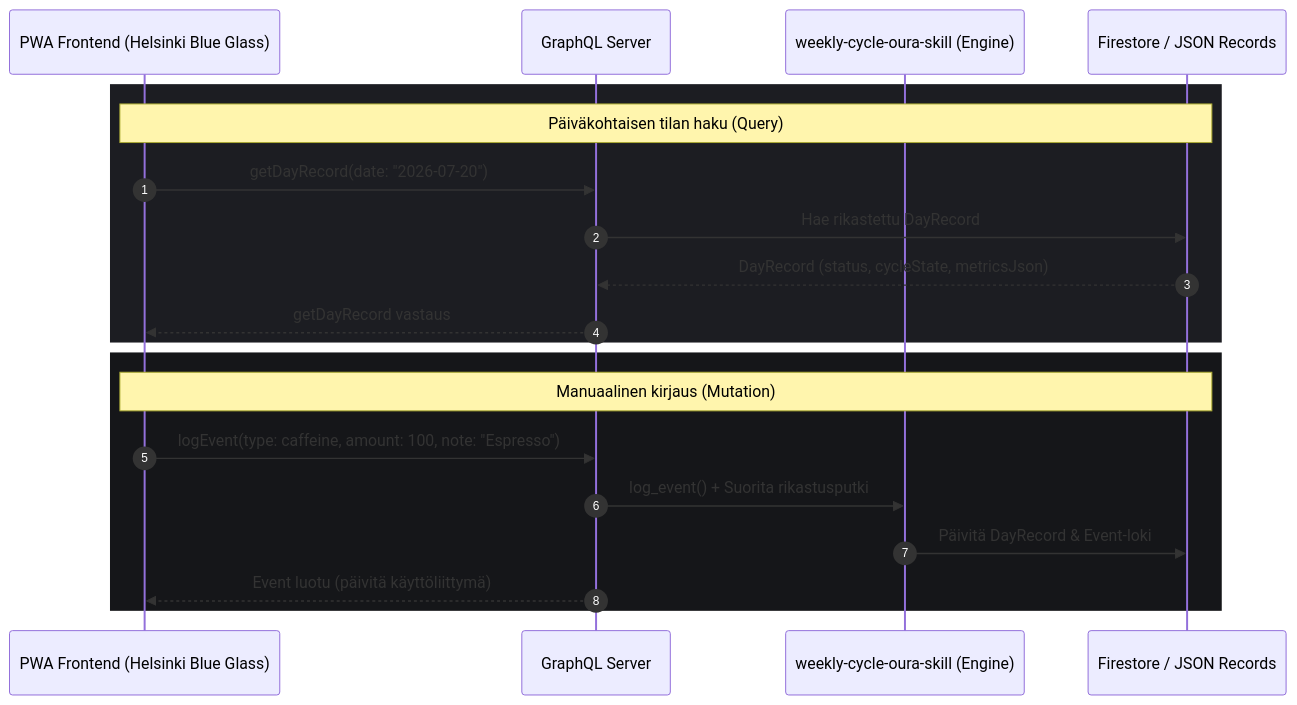
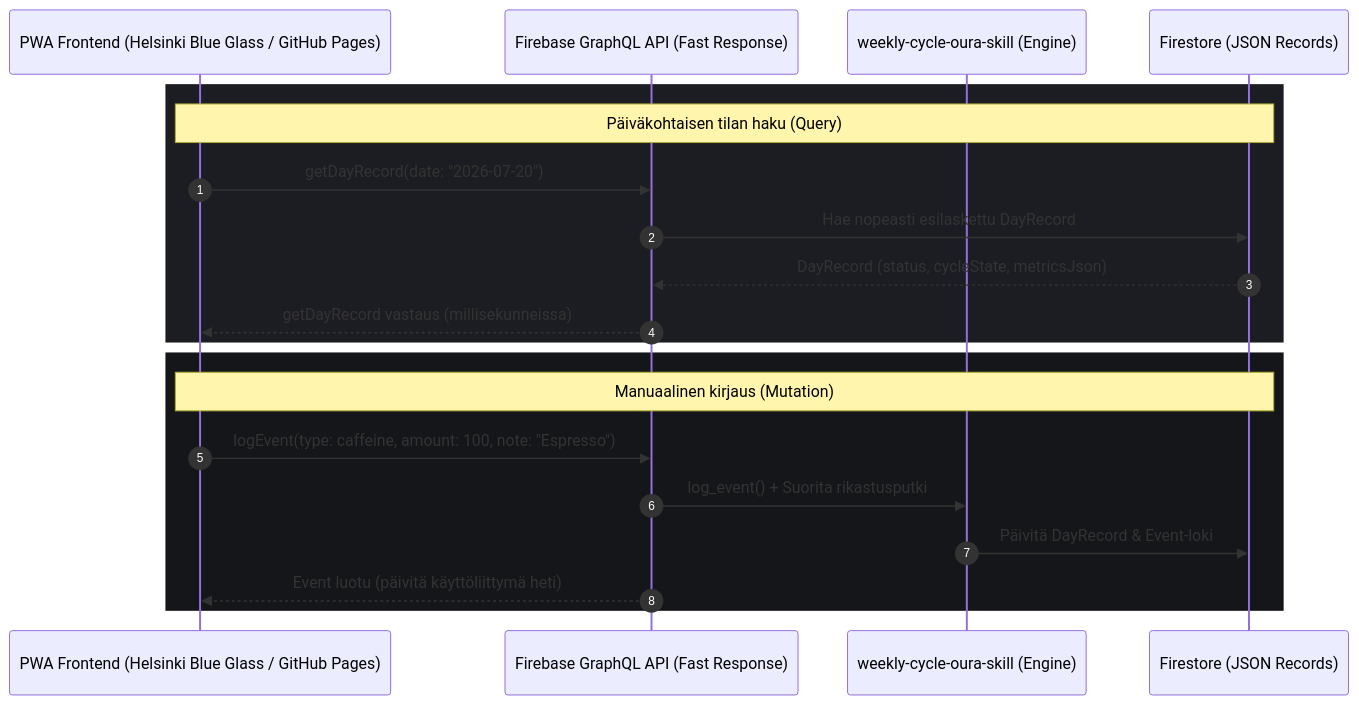
One commit to jaakkokorhonen/pwa-oura changed the first of 3 diagrams in use_cases_visual_design.md. Above: the diagram before and after it, drawn with Mermaid. The commit also changed other lines of this file and 1 other file, not shown here.

Commit message:
Update design and issues to use faster Firebase GraphQL API instead of BigQuery

````diff
--- a/use_cases_visual_design.md
+++ b/use_cases_visual_design.md
@@ -19,24 +19,24 @@
 ```mermaid
 sequenceDiagram
     autonumber
-    participant PWA as PWA Frontend (Helsinki Blue Glass)
-    participant GQL as GraphQL Server
+    participant PWA as PWA Frontend (Helsinki Blue Glass / GitHub Pages)
+    participant GQL as Firebase GraphQL API (Fast Response)
     participant Skill as weekly-cycle-oura-skill (Engine)
-    participant DB as Firestore / JSON Records
+    participant DB as Firestore (JSON Records)
 
     rect rgb(28, 29, 34)
         Note over PWA, DB: Päiväkohtaisen tilan haku (Query)
         PWA->>GQL: getDayRecord(date: "2026-07-20")
-        GQL->>DB: Hae rikastettu DayRecord
+        GQL->>DB: Hae nopeasti esilaskettu DayRecord
         DB-->>GQL: DayRecord (status, cycleState, metricsJson)
-        GQL-->>PWA: getDayRecord vastaus
+        GQL-->>PWA: getDayRecord vastaus (millisekunneissa)
     end
 
     rect rgb(21, 22, 25)
         Note over PWA, DB: Manuaalinen kirjaus (Mutation)
         PWA->>GQL: logEvent(type: caffeine, amount: 100, note: "Espresso")
         GQL->>Skill: log_event() + Suorita rikastusputki
         Skill->>DB: Päivitä DayRecord & Event-loki
-        GQL-->>PWA: Event luotu (päivitä käyttöliittymä)
+        GQL-->>PWA: Event luotu (päivitä käyttöliittymä heti)
     end
 ```
````
